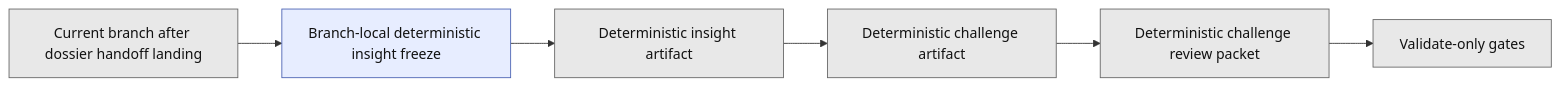
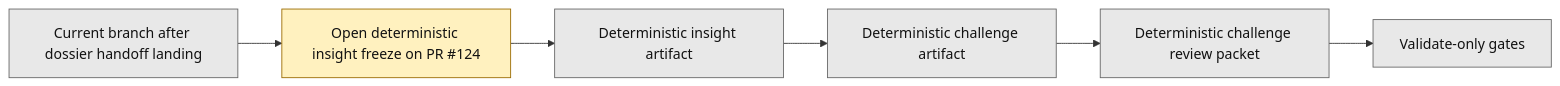
Before and after one commit to benjmcd/project6_REPO_MCP_FOLDER: the second of 2 diagrams in next_milestone_plans/layer3_progress_board.md, drawn with Mermaid. The commit also changed other lines of this file and 8 other files, not shown here.

Commit message:
docs(layer3): mark deterministic freeze pr open

````diff
--- a/next_milestone_plans/layer3_progress_board.md
+++ b/next_milestone_plans/layer3_progress_board.md
@@ -145,16 +145,15 @@
 ```mermaid
 flowchart LR
-    A["Current branch after dossier handoff landing"] --> B["Branch-local deterministic insight freeze"]
+    A["Current branch after dossier handoff landing"] --> B["Open deterministic insight freeze on PR #124"]
     B --> C["Deterministic insight artifact"]
     C --> D["Deterministic challenge artifact"]
     D --> E["Deterministic challenge review packet"]
     E --> F["Validate-only gates"]
 
     classDef next fill:#fff1bf,stroke:#9a6b00,color:#111;
     classDef future fill:#e8e8e8,stroke:#666,color:#111;
-    classDef branch fill:#e7edff,stroke:#4b63b3,color:#111;
 
     class A future;
-    class B branch;
+    class B next;
     class C,D,E,F future;
 ```
````
